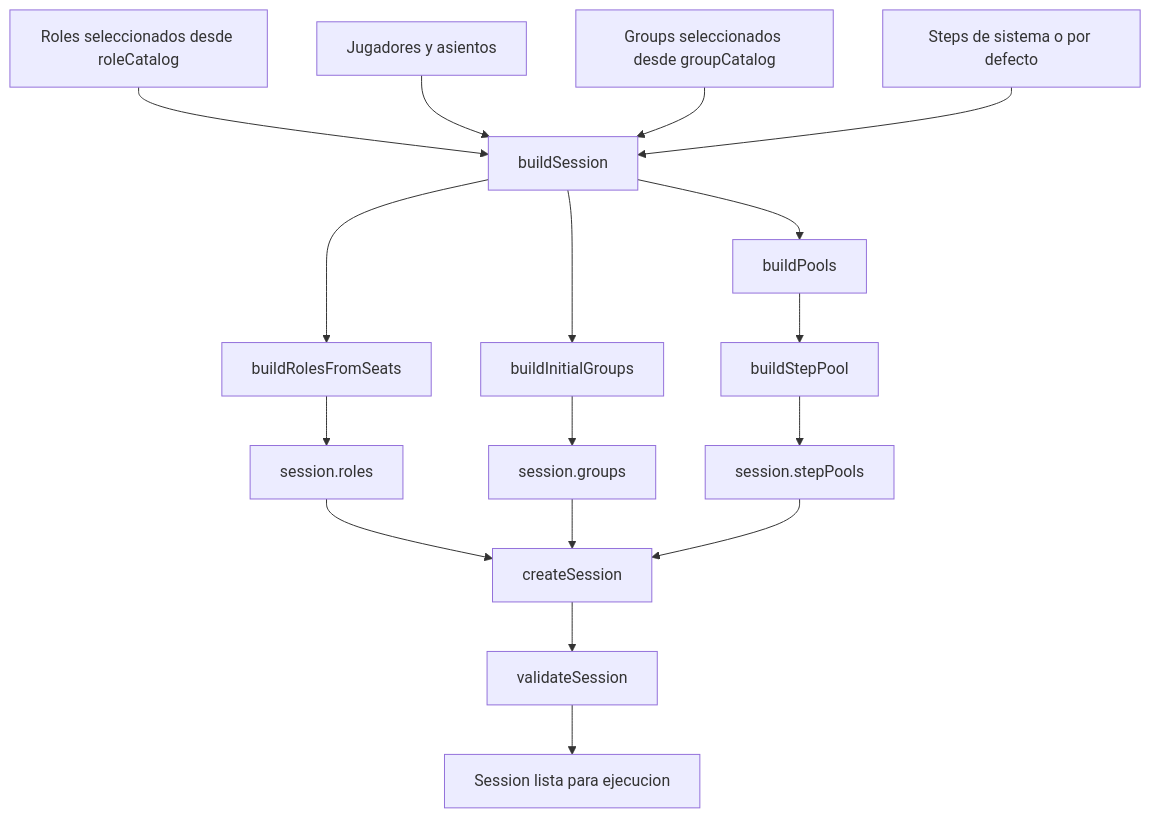
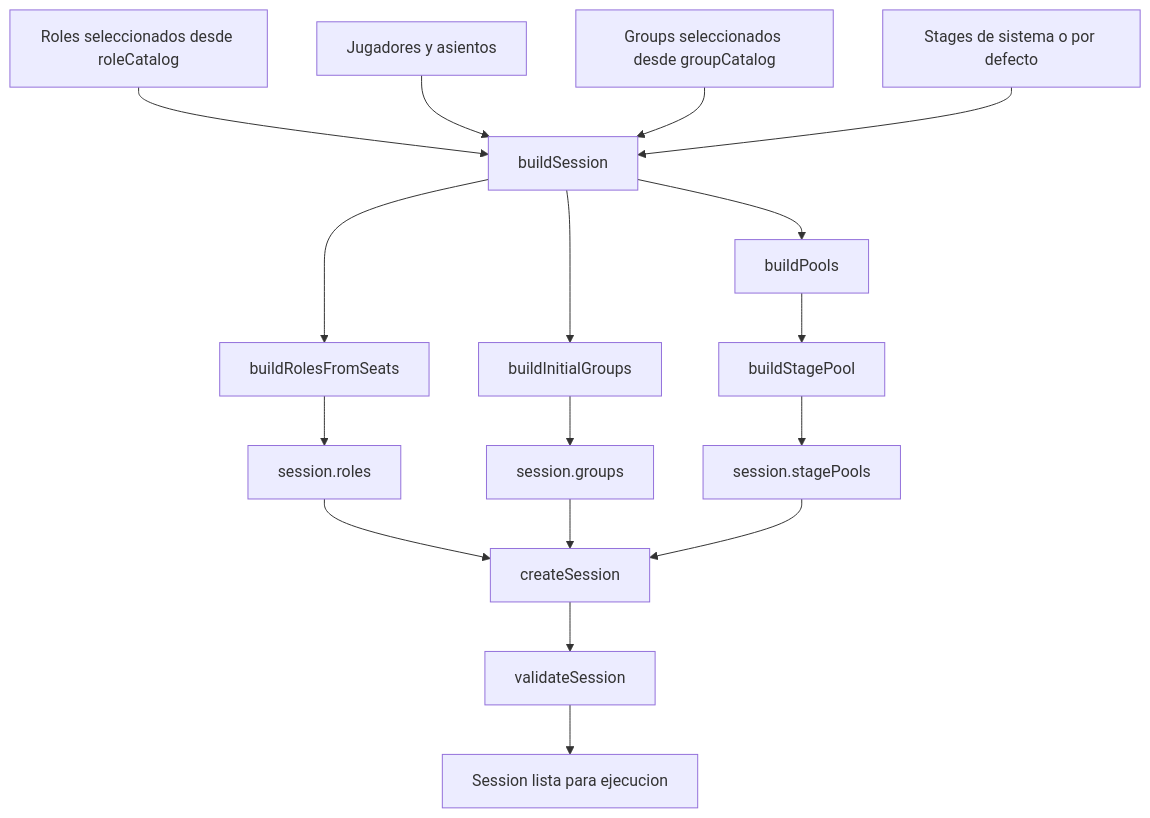
The second of 14 diagrams in docs/engine_flow_map.md (juanramonmorandeira/castronegro-director), drawn with Mermaid before and after one commit. The commit also changed other lines of this file and 41 other files, not shown here.

Commit message:
def: modelo de ciclos y pools de session

````diff
--- a/docs/engine_flow_map.md
+++ b/docs/engine_flow_map.md
@@ -102,35 +111,35 @@
 ```mermaid
 flowchart TD
   A[Roles seleccionados desde roleCatalog]
   B[Jugadores y asientos]
   C[Groups seleccionados desde groupCatalog]
-  D[Steps de sistema o por defecto]
+  D[Stages de sistema o por defecto]
   E[buildSession]
   F[buildRolesFromSeats]
   G[buildInitialGroups]
   H[buildPools]
-  I[buildStepPool]
+  I[buildStagePool]
   J[createSession]
   K[validateSession]
   L[session.roles]
   M[session.groups]
-  N[session.stepPools]
+  N[session.stagePools]
   O[Session lista para ejecucion]
 
   A --> E
   B --> E
   C --> E
   D --> E
   E --> F
   E --> G
   E --> H
   H --> I
   F --> L
   G --> M
   I --> N
   L --> J
   M --> J
   N --> J
   J --> K
   K --> O
 ```
````
